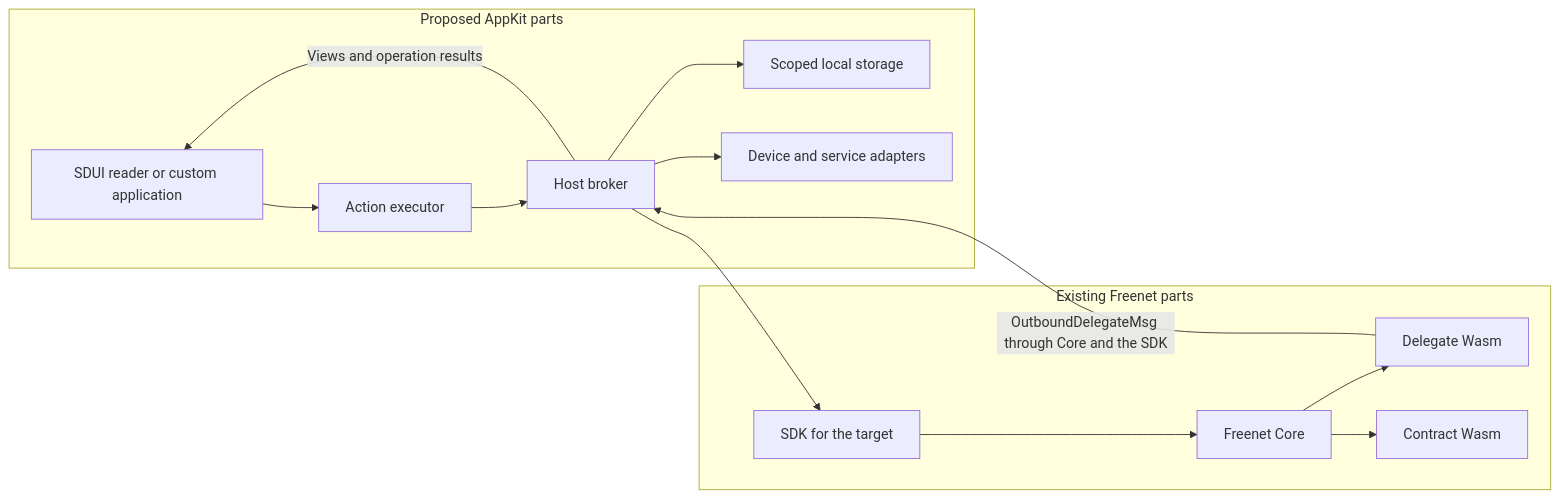
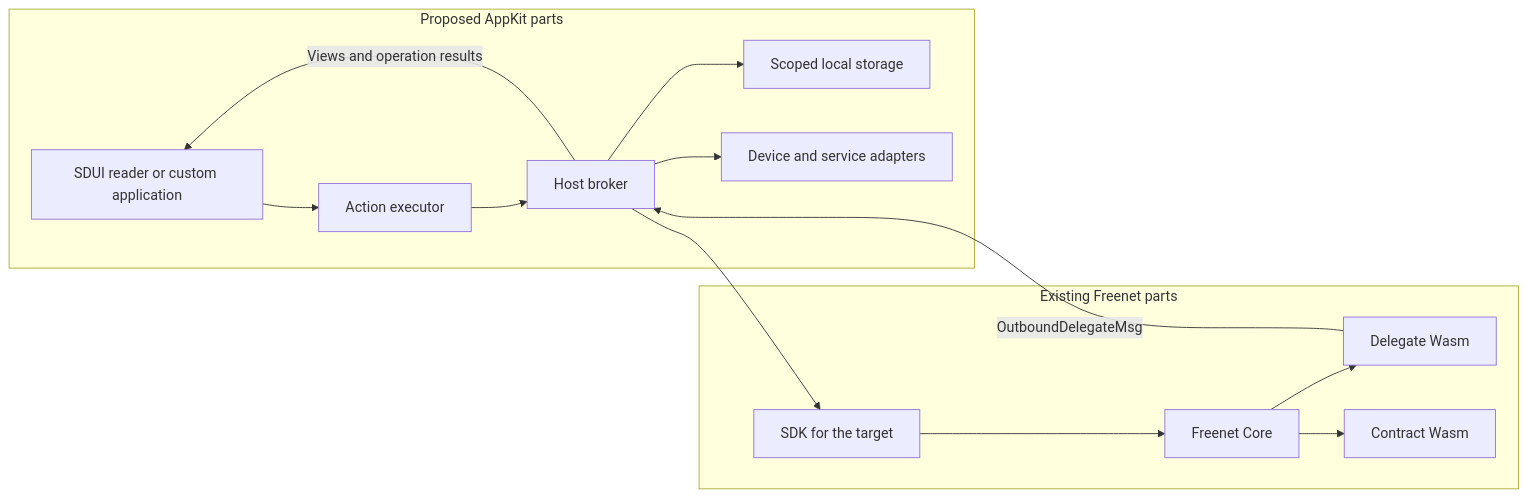
The first of 2 diagrams in appkit/data-actions.md (EVY-Platform/evy-freenet-plans), drawn with Mermaid before and after one commit. The commit also changed other lines of this file and 1 other file, not shown here.

Commit message:
Drop SDK path text that the mobile plan owns

````diff
--- a/appkit/data-actions.md
+++ b/appkit/data-actions.md
@@ -45,17 +40,17 @@
 ```mermaid
 flowchart LR
     subgraph proposed [Proposed AppKit parts]
         UI["SDUI reader or custom application"] --> X["Action executor"]
         X --> H["Host broker"]
         H --> L["Scoped local storage"]
         H --> A["Device and service adapters"]
     end
     subgraph existing [Existing Freenet parts]
         S["SDK for the target"] --> F["Freenet Core"]
         F --> D["Delegate Wasm"]
         F --> C["Contract Wasm"]
     end
     H --> S
-    D -->|"OutboundDelegateMsg through Core and the SDK"| H
+    D -->|"OutboundDelegateMsg"| H
     H -->|"Views and operation results"| UI
 ```
````
